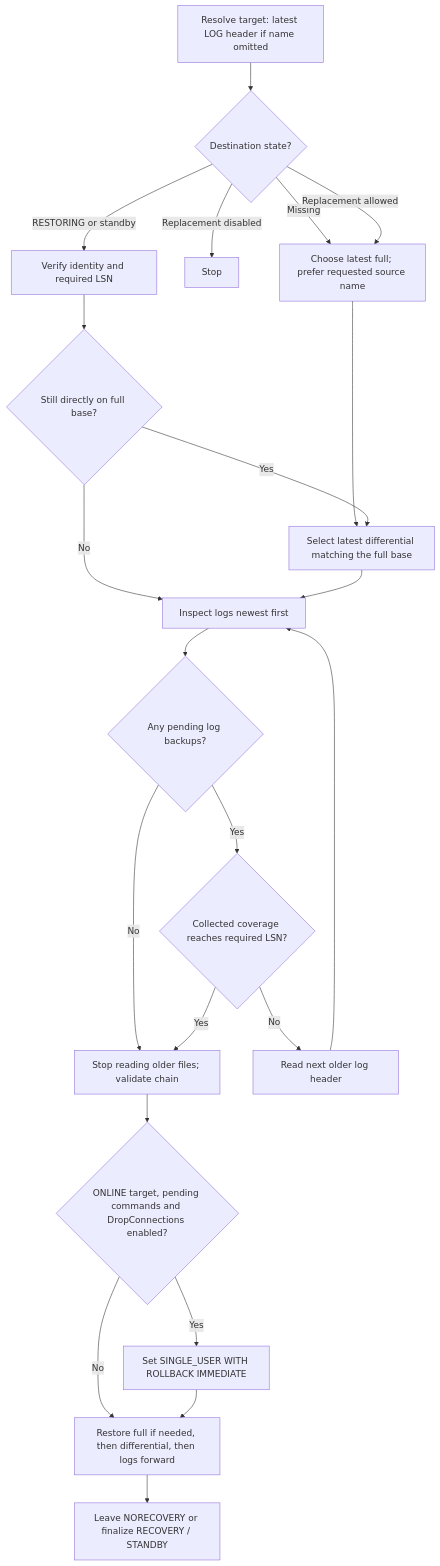
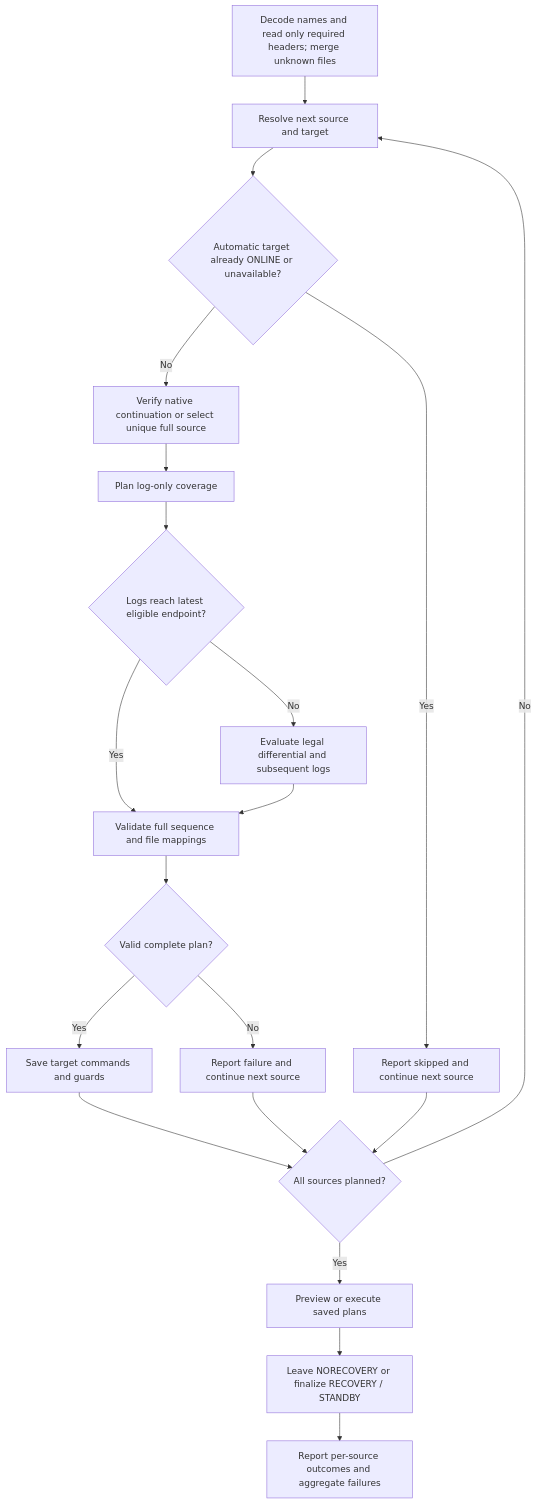
One commit to sqlnotes/sql changed the diagram in z/System/020-Backup/docs/architecture.md. Above: the diagram before and after it, drawn with Mermaid. The commit also changed other lines of this file and 11 other files, not shown here.

Commit message:
Plan restores from filenames before execution and initialize backups when needed

````diff
--- a/z/System/020-Backup/docs/architecture.md
+++ b/z/System/020-Backup/docs/architecture.md
@@ -76,24 +105,22 @@
 ```mermaid
 flowchart TD
-    A[Resolve target: latest LOG header if name omitted] --> B{Destination state?}
-    B -->|Missing| F[Choose latest full; prefer requested source name]
-    B -->|Replacement allowed| F
-    B -->|Replacement disabled| X[Stop]
-    B -->|RESTORING or standby| C[Verify identity and required LSN]
-    F --> D[Select latest differential matching the full base]
-    C --> E{Still directly on full base?}
-    E -->|Yes| D
-    E -->|No| L[Inspect logs newest first]
-    D --> L
-    L --> Q{Any pending log backups?}
-    Q -->|No| S[Stop reading older files; validate chain]
-    Q -->|Yes| R{Collected coverage reaches required LSN?}
-    R -->|No| N[Read next older log header]
-    N --> L
-    R -->|Yes| S
-    S --> T{ONLINE target, pending commands and DropConnections enabled?}
-    T -->|Yes| U[Set SINGLE_USER WITH ROLLBACK IMMEDIATE]
-    T -->|No| P[Restore full if needed, then differential, then logs forward]
-    U --> P
+    A[Decode names and read only required headers; merge unknown files] --> B[Resolve next source and target]
+    B --> C{Automatic target already ONLINE or unavailable?}
+    C -->|Yes| K[Report skipped and continue next source]
+    C -->|No| D[Verify native continuation or select unique full source]
+    D --> E[Plan log-only coverage]
+    E --> F{Logs reach latest eligible endpoint?}
+    F -->|Yes| H[Validate full sequence and file mappings]
+    F -->|No| G[Evaluate legal differential and subsequent logs]
+    G --> H
+    H --> I{Valid complete plan?}
+    I -->|No| J[Report failure and continue next source]
+    I -->|Yes| S[Save target commands and guards]
+    S --> T{All sources planned?}
+    J --> T
+    K --> T
+    T -->|No| B
+    T -->|Yes| P[Preview or execute saved plans]
     P --> Z[Leave NORECOVERY or finalize RECOVERY / STANDBY]
+    Z --> R[Report per-source outcomes and aggregate failures]
 ```
````
